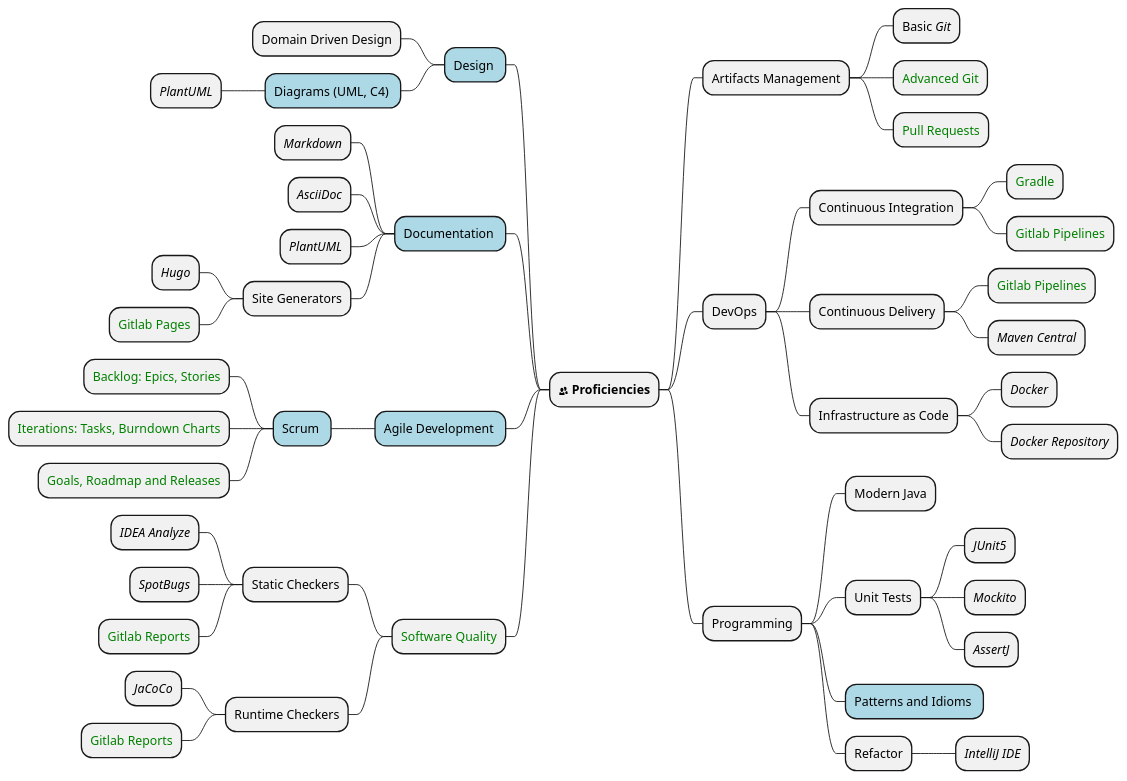
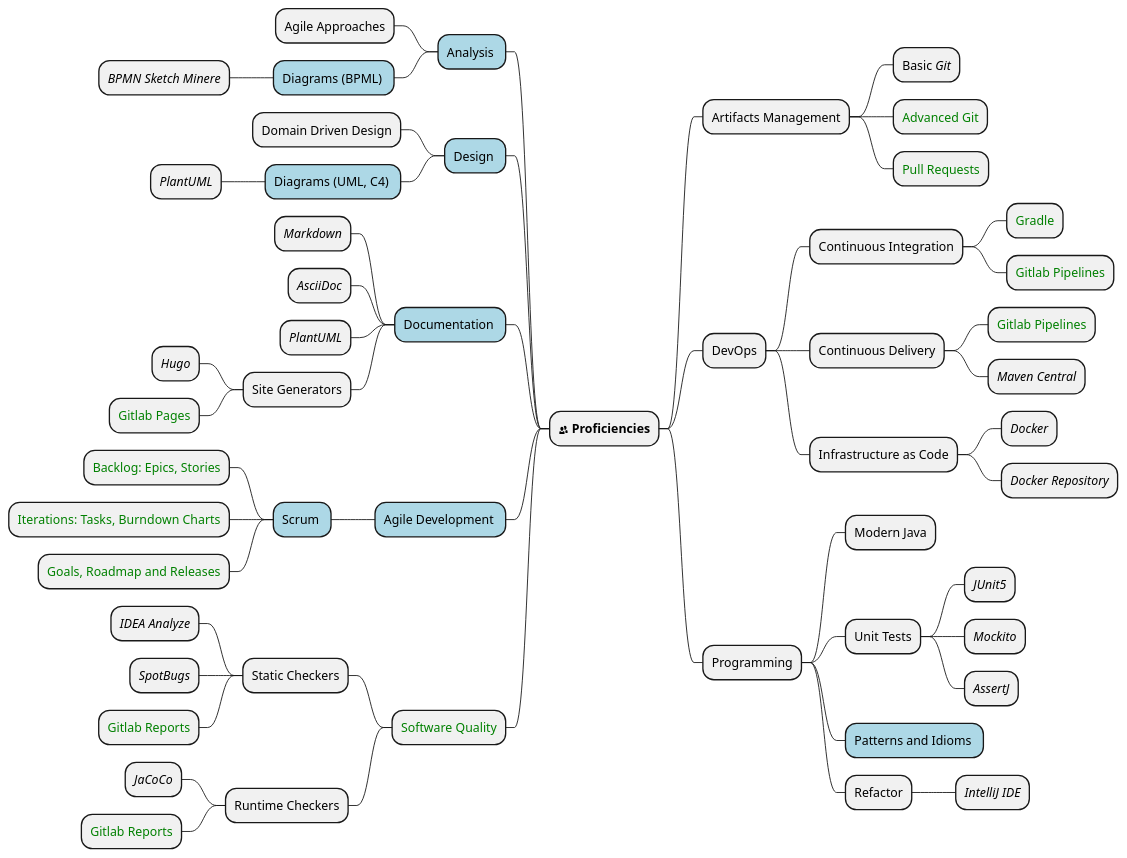
The diagram in src/site/website/content/blog/2021/blog-2021-01-03.adoc (tangly-team/tangly-os), drawn with PlantUML before and after one commit. The commit also changed other lines of this file and 105 other files, not shown here.

```diff
--- a/src/site/website/content/blog/2021/blog-2021-01-03.adoc
+++ b/src/site/website/content/blog/2021/blog-2021-01-03.adoc
@@ -27,60 +28,64 @@
 [plantuml,students-proficiencies,svg]
 ....
 @startmindmap
 <style>
 mindmapDiagram {
   .hslu {
     BackgroundColor lightblue
   }
 }
 </style>
 + <&people> **Proficiencies**
 ++ Artifacts Management
 +++ Basic //Git//
 +++ <color:green>Advanced Git</color>
 +++ <color:green>Pull Requests</color>
 ++ DevOps
 +++ Continuous Integration
 ++++ <color:green>Gradle</color>
 ++++ <color:green>Gitlab Pipelines</color>
 +++ Continuous Delivery
 ++++ <color:green>Gitlab Pipelines</color>
 ++++ //Maven Central//
 +++ Infrastructure as Code
 ++++ //Docker//
 ++++ //Docker Repository//
 ++ Programming
 +++ Modern Java
 +++ Unit Tests
 ++++ //JUnit5//
 ++++ //Mockito//
 ++++ //AssertJ//
 +++ Patterns and Idioms <<hslu>>
 +++ Refactor
 ++++ //IntelliJ IDE//
+-- Analysis <<hslu>>
+--- Agile Approaches
+--- Diagrams (BPML) <<hslu>>
+---- //BPMN Sketch Minere//<color:green>
 -- Design <<hslu>>
 --- Domain Driven Design
 --- Diagrams (UML, C4) <<hslu>>
 ---- //PlantUML//<color:green>
 -- Documentation <<hslu>>
 --- //Markdown//
 --- //AsciiDoc//
 --- //PlantUML//
 --- Site Generators
 ---- //Hugo//
 ---- <color:green>Gitlab Pages</color>
 -- Agile Development <<hslu>>
 --- Scrum <<hslu>>
 ---- <color:green>Backlog: Epics, Stories</color>
 ---- <color:green>Iterations: Tasks, Burndown Charts</color>
 ---- <color:green>Goals, Roadmap and Releases</color>
 -- <color:green>Software Quality</color>
 --- Static Checkers
 ---- //IDEA Analyze//
 ---- //SpotBugs//
 ---- <color:green>Gitlab Reports</color>
 --- Runtime Checkers
 ---- //JaCoCo//
 ---- <color:green>Gitlab Reports</color>
 @endmindmap
 ....
```
